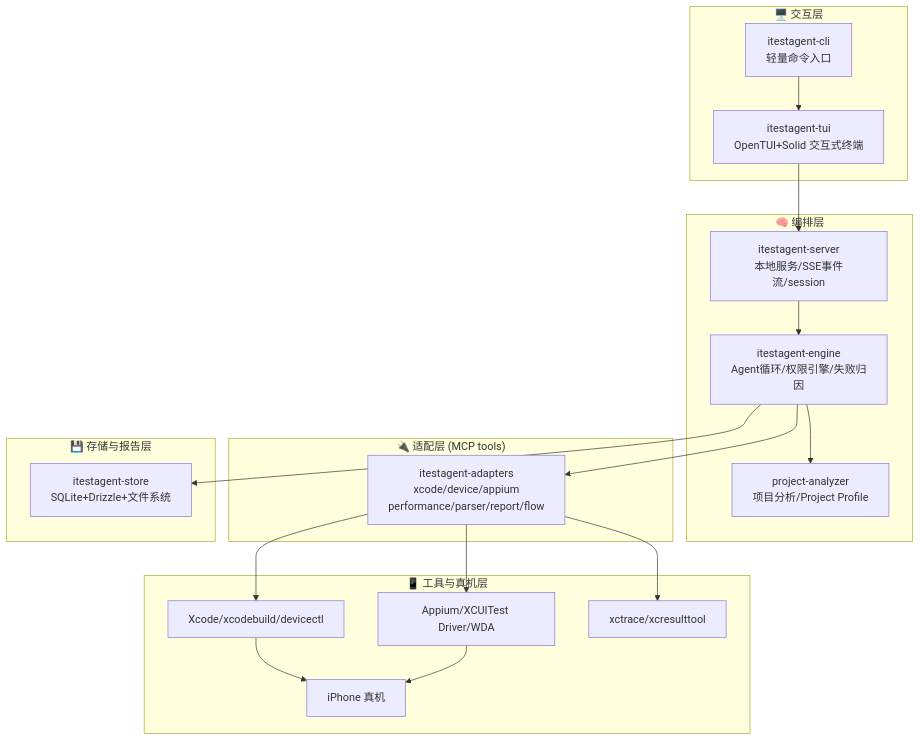
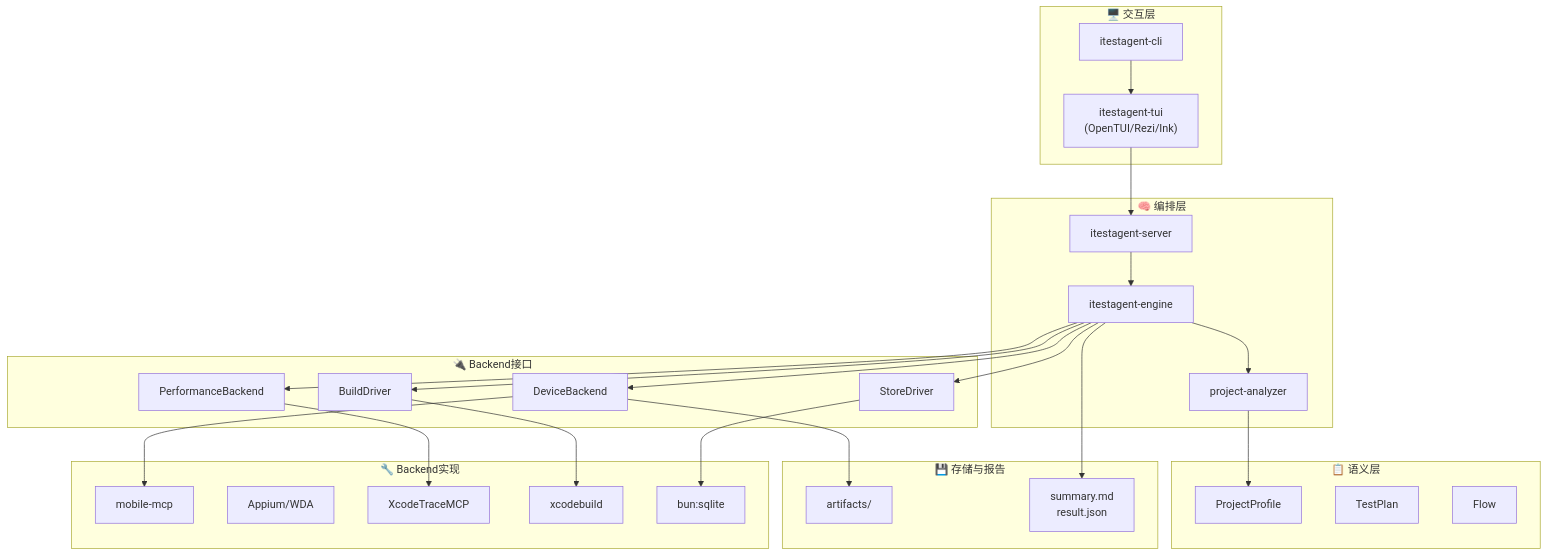
Before and after one commit to logan-suu/iTestAgent: the first of 4 diagrams in docs/02-architecture/架构设计文档.md, drawn with Mermaid. The commit also changed other lines of this file, not shown here.

First line of the commit message:
refactor: 架构设计文档替换为最终合并版本，保留 Mermaid 图

````diff
--- a/docs/02-architecture/架构设计文档.md
+++ b/docs/02-architecture/架构设计文档.md
@@ -69,40 +74,42 @@
 ```mermaid
 graph TB
     subgraph 交互层["🖥️ 交互层"]
-        CLI["itestagent-cli<br/>轻量命令入口"]
-        TUI["itestagent-tui<br/>OpenTUI+Solid 交互式终端"]
+        CLI["itestagent-cli"]
+        TUI["itestagent-tui<br/>(OpenTUI/Rezi/Ink)"]
     end
-
     subgraph 编排层["🧠 编排层"]
-        Server["itestagent-server<br/>本地服务/SSE事件流/session"]
-        Engine["itestagent-engine<br/>Agent循环/权限引擎/失败归因"]
-        Analyzer["project-analyzer<br/>项目分析/Project Profile"]
+        Server["itestagent-server"]
+        Engine["itestagent-engine"]
+        Analyzer["project-analyzer"]
     end
-
-    subgraph 适配层["🔌 适配层 (MCP tools)"]
-        Adapters["itestagent-adapters<br/>xcode/device/appium<br/>performance/parser/report/flow"]
+    subgraph 语义层["📋 语义层"]
+        Profile["ProjectProfile"]
+        TestPlan["TestPlan"]
+        Flow["Flow"]
     end
-
-    subgraph 工具层["📱 工具与真机层"]
-        Xcode["Xcode/xcodebuild/devicectl"]
-        Appium["Appium/XCUITest Driver/WDA"]
-        XCTrace["xctrace/xcresulttool"]
-        iPhone["iPhone 真机"]
+    subgraph Backend接口["🔌 Backend接口"]
+        DevBackend["DeviceBackend"]
+        PerfBackend["PerformanceBackend"]
+        BuildBackend["BuildDriver"]
+        StoreBackend["StoreDriver"]
     end
-
-    subgraph 存储层["💾 存储与报告层"]
-        Store["itestagent-store<br/>SQLite+Drizzle+文件系统"]
+    subgraph Backend实现["🔧 Backend实现"]
+        MobileMCP["mobile-mcp"]
+        Appium["Appium/WDA"]
+        XcodeTrace["XcodeTraceMCP"]
+        XcodeBuild["xcodebuild"]
+        SQLite["bun:sqlite"]
     end
-
-    CLI --> TUI
-    TUI --> Server
-    Server --> Engine
-    Engine --> Analyzer
-    Engine --> Adapters
-    Adapters --> Xcode
-    Adapters --> Appium
-    Adapters --> XCTrace
-    Xcode --> iPhone
-    Appium --> iPhone
-    Engine --> Store
+    subgraph 存储层["💾 存储与报告"]
+        Artifacts["artifacts/"]
+        Reports["summary.md<br/>result.json"]
+    end
+    CLI --> TUI --> Server --> Engine
+    Engine --> Analyzer --> Profile
+    Engine --> DevBackend --> MobileMCP
+    Engine --> PerfBackend --> XcodeTrace
+    Engine --> BuildBackend --> XcodeBuild
+    Engine --> StoreBackend --> SQLite
+    Engine --> Reports
+    DevBackend --> Artifacts
 ```
````
